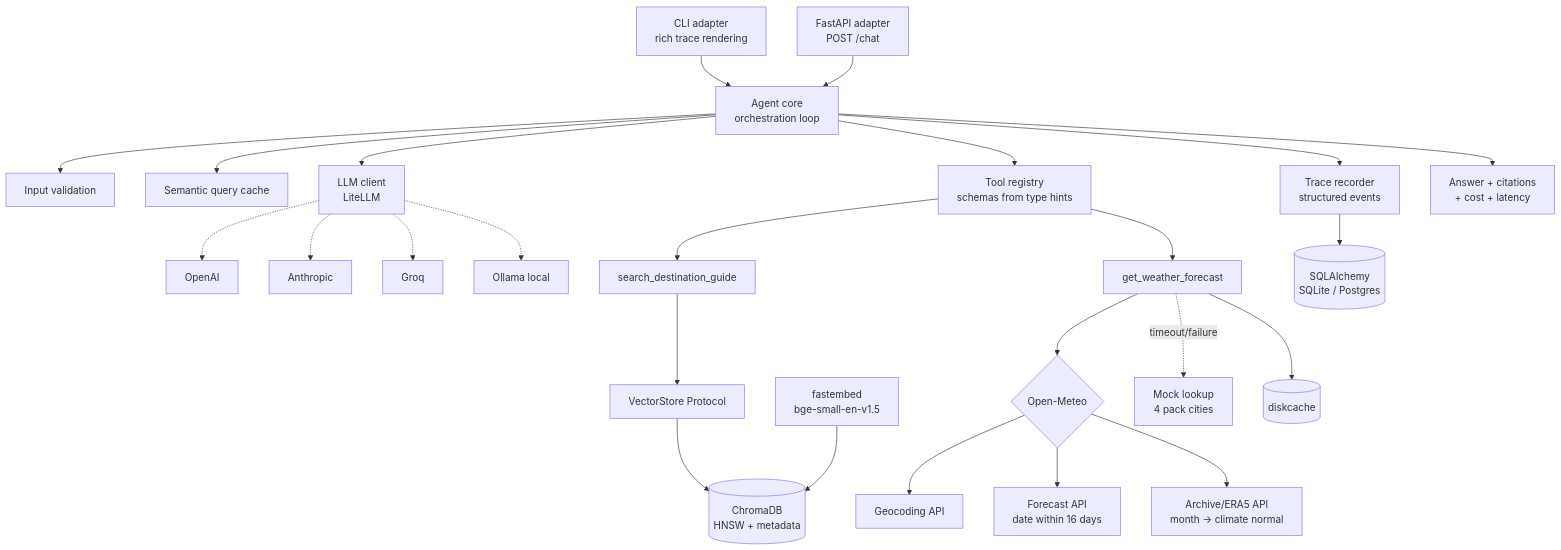
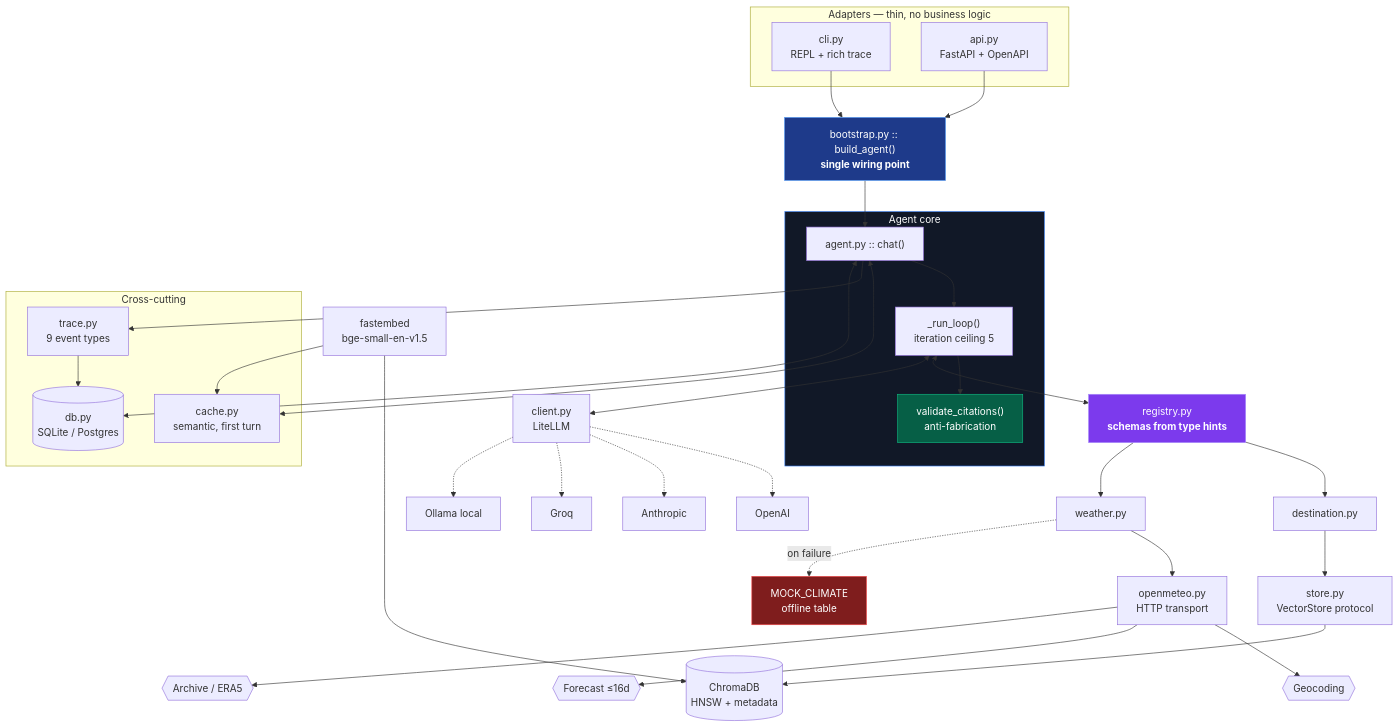
Before and after one commit to AnkitUzumaki/tripmate: the third of 10 diagrams in README.md, drawn with Mermaid. The commit also changed other lines of this file, not shown here.

First line of the commit message:
docs: rewrite readme with visual architecture diagrams and full feature coverage

````diff
--- a/README.md
+++ b/README.md
@@ -10,33 +159,57 @@
 ```mermaid
-flowchart TD
-    CLI[CLI adapter<br/>rich trace rendering] --> AG
-    API[FastAPI adapter<br/>POST /chat] --> AG
+flowchart TB
+    subgraph Adapters["Adapters — thin, no business logic"]
+        CLI["cli.py<br/>REPL + rich trace"]
+        API["api.py<br/>FastAPI + OpenAPI"]
+    end
 
-    AG[Agent core<br/>orchestration loop] --> VAL[Input validation]
-    AG --> SC[Semantic query cache]
-    AG --> LLM[LLM client<br/>LiteLLM]
-    AG --> REG[Tool registry<br/>schemas from type hints]
-    AG --> TR[Trace recorder<br/>structured events]
+    BOOT["bootstrap.py :: build_agent()<br/><b>single wiring point</b>"]
+    CLI --> BOOT
+    API --> BOOT
 
-    LLM -.-> P1[OpenAI]
-    LLM -.-> P2[Anthropic]
-    LLM -.-> P3[Groq]
-    LLM -.-> P4[Ollama local]
+    subgraph Core["Agent core"]
+        AG["agent.py :: chat()"]
+        LOOP["_run_loop()<br/>iteration ceiling 5"]
+        VAL["validate_citations()<br/>anti-fabrication"]
+        AG --> LOOP --> VAL
+    end
+    BOOT --> AG
 
-    REG --> T1[search_destination_guide]
-    REG --> T2[get_weather_forecast]
+    subgraph Support["Cross-cutting"]
+        TR["trace.py<br/>9 event types"]
+        CA["cache.py<br/>semantic, first turn"]
+        DB[("db.py<br/>SQLite / Postgres")]
+    end
+    AG <--> CA
+    AG --> TR
+    AG <--> DB
+    TR --> DB
 
-    T1 --> VS[VectorStore Protocol]
-    VS --> CH[(ChromaDB<br/>HNSW + metadata)]
-    EMB[fastembed<br/>bge-small-en-v1.5] --> CH
+    REG["registry.py<br/><b>schemas from type hints</b>"]
+    LOOP <--> REG
+    REG --> TOOL1["destination.py"]
+    REG --> TOOL2["weather.py"]
 
-    T2 --> OM{Open-Meteo}
-    OM --> GEO[Geocoding API]
-    OM --> FC[Forecast API<br/>date within 16 days]
-    OM --> AR[Archive/ERA5 API<br/>month -> climate normal]
-    T2 -.timeout/failure.-> MOCK[Mock lookup<br/>4 pack cities]
-    T2 --> DC[(diskcache)]
+    TOOL1 --> STORE["store.py<br/>VectorStore protocol"]
+    STORE --> CHROMA[("ChromaDB<br/>HNSW + metadata")]
+    EMB["fastembed<br/>bge-small-en-v1.5"] --> CHROMA
+    EMB --> CA
 
-    TR --> DB[(SQLAlchemy<br/>SQLite / Postgres)]
-    AG --> OUT[Answer + citations<br/>+ cost + latency]
+    TOOL2 --> OM["openmeteo.py<br/>HTTP transport"]
+    OM --> API1{{"Geocoding"}}
+    OM --> API2{{"Forecast ≤16d"}}
+    OM --> API3{{"Archive / ERA5"}}
+    TOOL2 -.->|"on failure"| MOCK["MOCK_CLIMATE<br/>offline table"]
+
+    LOOP <--> LLM["client.py<br/>LiteLLM"]
+    LLM -.-> P1["OpenAI"]
+    LLM -.-> P2["Anthropic"]
+    LLM -.-> P3["Groq"]
+    LLM -.-> P4["Ollama local"]
+
+    style BOOT fill:#1e3a8a,stroke:#60a5fa,color:#fff
+    style Core fill:#111827,stroke:#3b82f6,color:#fff
+    style REG fill:#7c3aed,stroke:#a78bfa,color:#fff
+    style VAL fill:#065f46,stroke:#10b981,color:#fff
+    style MOCK fill:#7f1d1d,stroke:#ef4444,color:#fff
 ```
````
